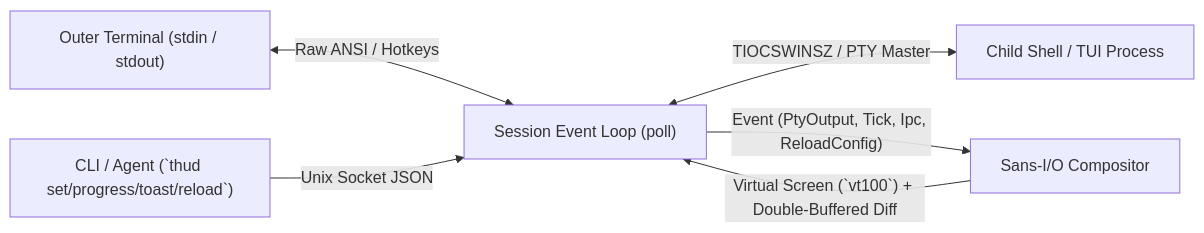
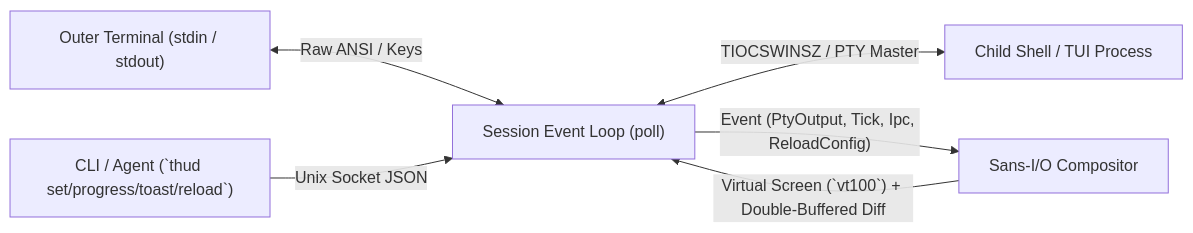
The diagram in README.md (yamadayuki/thud), drawn with Mermaid before and after one commit. The commit also changed other lines of this file and 18 other files, not shown here.

````diff
--- a/README.md
+++ b/README.md
@@ -77,8 +75,8 @@
 ```mermaid
 flowchart LR
-    User["Outer Terminal (stdin / stdout)"] <-->|"Raw ANSI / Hotkeys"| Session["Session Event Loop (poll)"]
+    User["Outer Terminal (stdin / stdout)"] <-->|"Raw ANSI / Keys"| Session["Session Event Loop (poll)"]
     Session <-->|"TIOCSWINSZ / PTY Master"| Child["Child Shell / TUI Process"]
     IPC["CLI / Agent (`thud set/progress/toast/reload`)"] -->|"Unix Socket JSON"| Session
     Session -->|"Event (PtyOutput, Tick, Ipc, ReloadConfig)"| Compositor["Sans-I/O Compositor"]
     Compositor -->|"Virtual Screen (`vt100`) + Double-Buffered Diff"| Session
 ```
````
